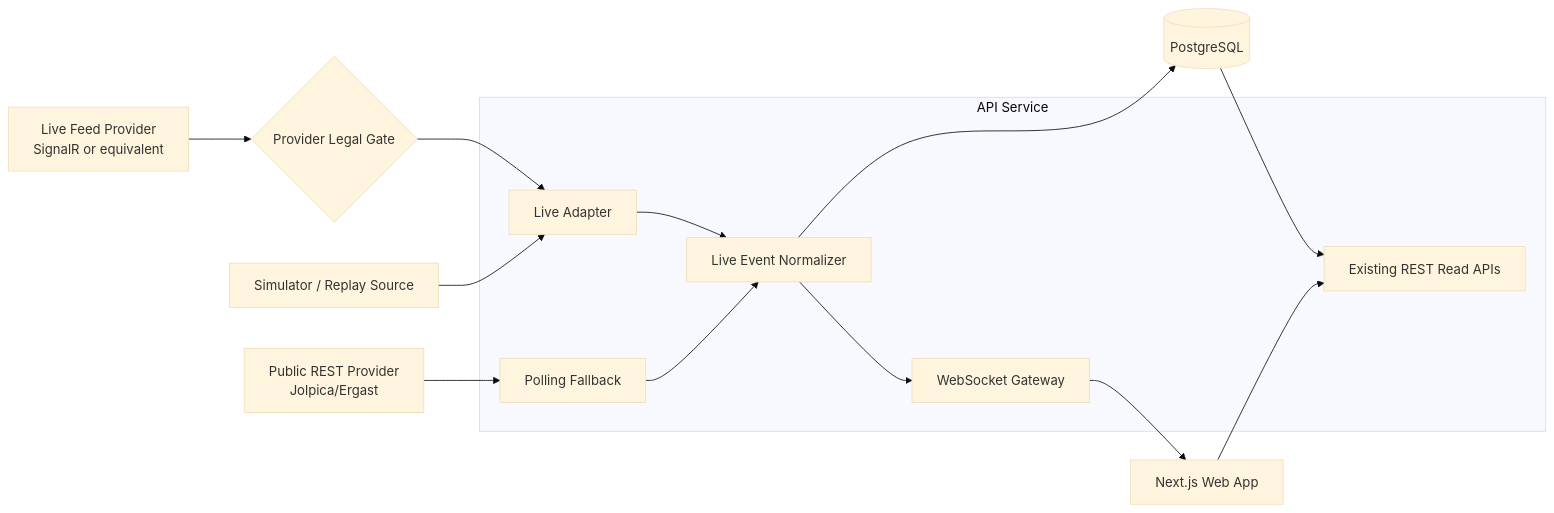
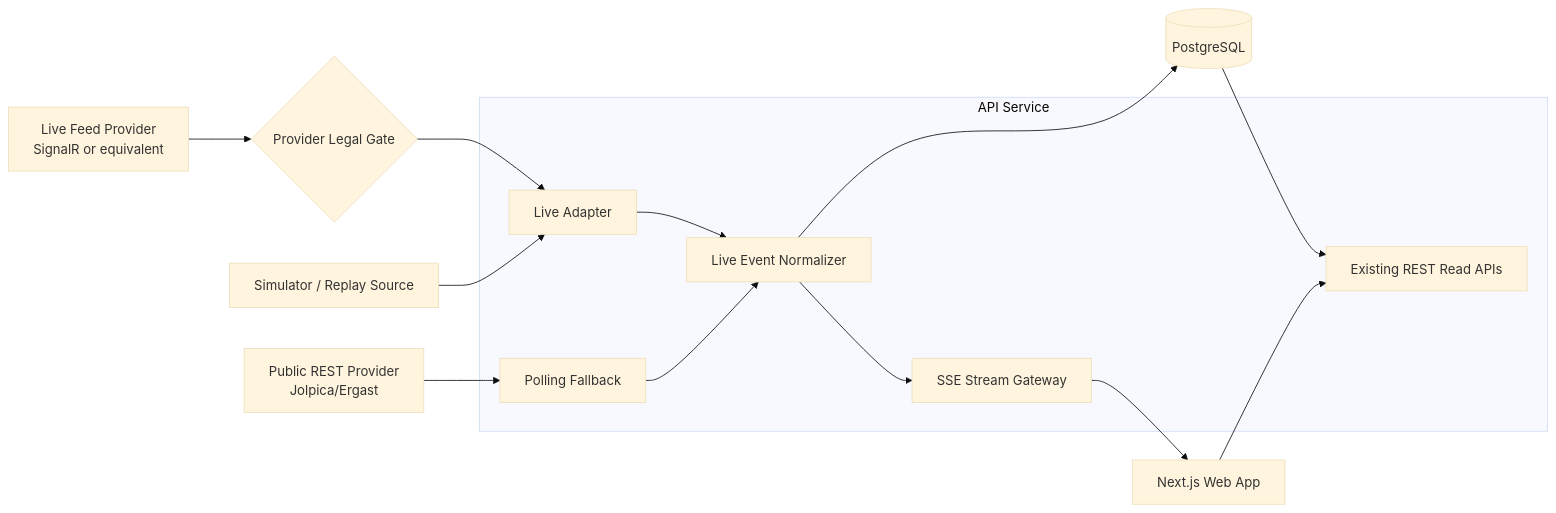
The diagram in docs/architecture/07-live-mode-extension.md (wocampodev/f1-vibetiming), drawn with Mermaid (base theme) before and after one commit. The commit also changed other lines of this file and 26 other files, not shown here.

````diff
--- a/docs/architecture/07-live-mode-extension.md
+++ b/docs/architecture/07-live-mode-extension.md
@@ -11,31 +11,31 @@
 ```mermaid
 flowchart LR
   providerLive["Live Feed Provider<br/>SignalR or equivalent"]
   providerSim["Simulator / Replay Source"]
   legalGate{"Provider Legal Gate"}
   providerRest["Public REST Provider<br/>Jolpica/Ergast"]
 
   subgraph Api[API Service]
     liveAdapter[Live Adapter]
     pollFallback[Polling Fallback]
     normalizer[Live Event Normalizer]
-    streamGateway[WebSocket Gateway]
+    streamGateway[SSE Stream Gateway]
     readApi[Existing REST Read APIs]
   end
 
   db[(PostgreSQL)]
   web[Next.js Web App]
 
   providerLive --> legalGate
   legalGate --> liveAdapter
   providerSim --> liveAdapter
   providerRest --> pollFallback
   liveAdapter --> normalizer
   pollFallback --> normalizer
   normalizer --> db
   normalizer --> streamGateway
   db --> readApi
 
   web --> readApi
   streamGateway --> web
 ```
````
